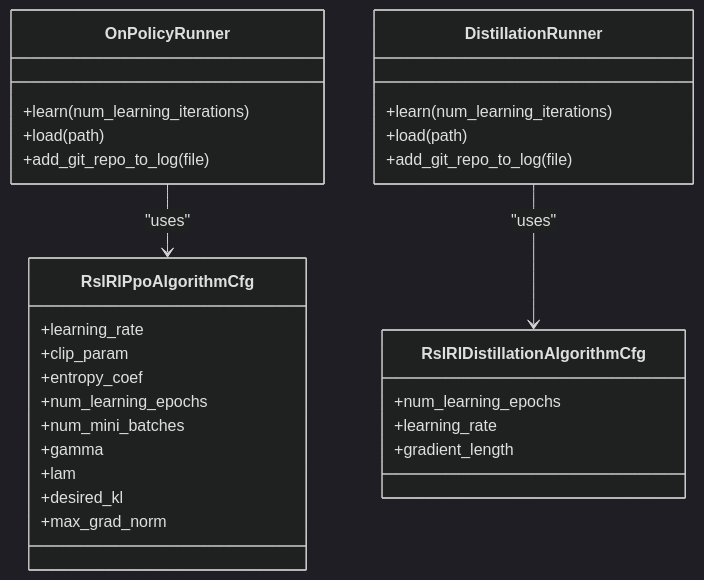
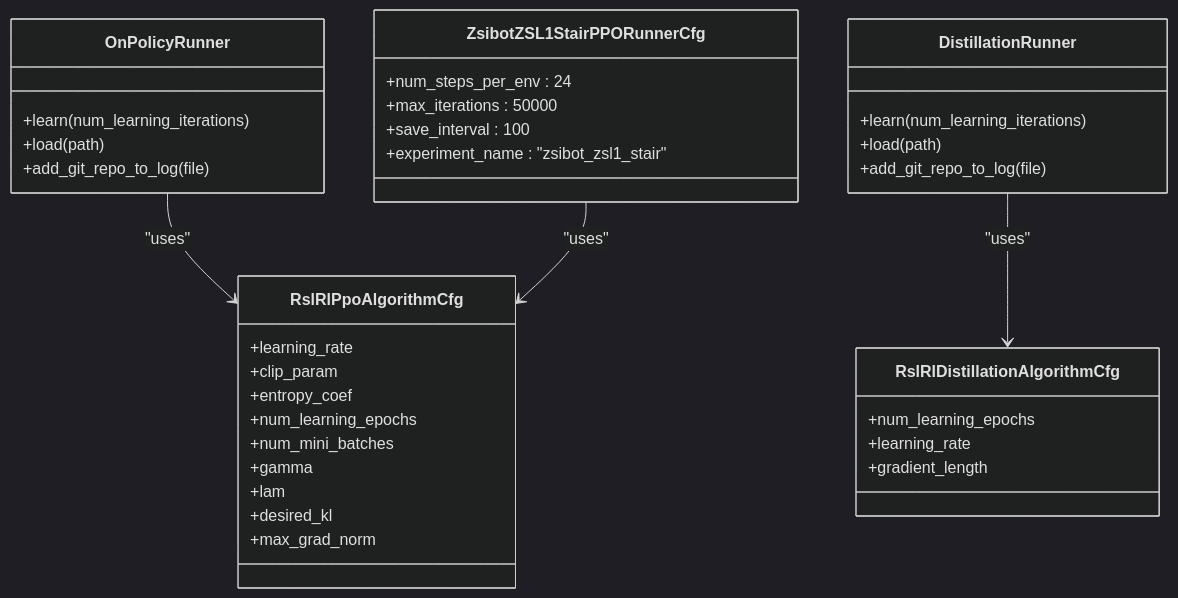
Before and after one commit to jayjayhust/robot_lab: the fourth of 6 diagrams in .qoder/repowiki/en/content/Training Pipeline Architecture/RSL-RL Training System.md, drawn with Mermaid (dark theme). The commit also changed other lines of this file and 21 other files, not shown here.

Commit message:
add stair config for zsl1

````diff
--- a/.qoder/repowiki/en/content/Training Pipeline Architecture/RSL-RL Training System.md
+++ b/.qoder/repowiki/en/content/Training Pipeline Architecture/RSL-RL Training System.md
@@ -122,31 +138,38 @@
 ```mermaid
 classDiagram
 class OnPolicyRunner {
 +learn(num_learning_iterations)
 +load(path)
 +add_git_repo_to_log(file)
 }
 class DistillationRunner {
 +learn(num_learning_iterations)
 +load(path)
 +add_git_repo_to_log(file)
 }
 class RslRlPpoAlgorithmCfg {
 +learning_rate
 +clip_param
 +entropy_coef
 +num_learning_epochs
 +num_mini_batches
 +gamma
 +lam
 +desired_kl
 +max_grad_norm
 }
 class RslRlDistillationAlgorithmCfg {
 +num_learning_epochs
 +learning_rate
 +gradient_length
 }
+class ZsibotZSL1StairPPORunnerCfg {
++num_steps_per_env : 24
++max_iterations : 50000
++save_interval : 100
++experiment_name : "zsibot_zsl1_stair"
+}
 OnPolicyRunner --> RslRlPpoAlgorithmCfg : "uses"
 DistillationRunner --> RslRlDistillationAlgorithmCfg : "uses"
+ZsibotZSL1StairPPORunnerCfg --> RslRlPpoAlgorithmCfg : "uses"
 ```
````
